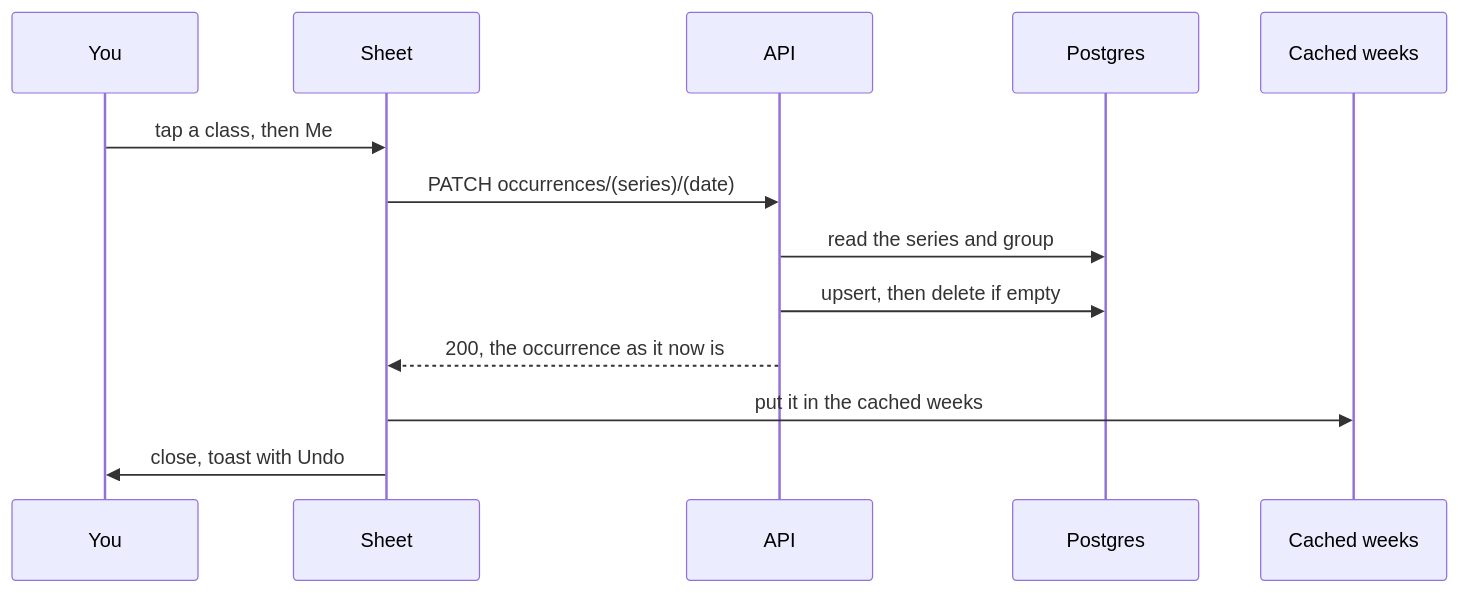
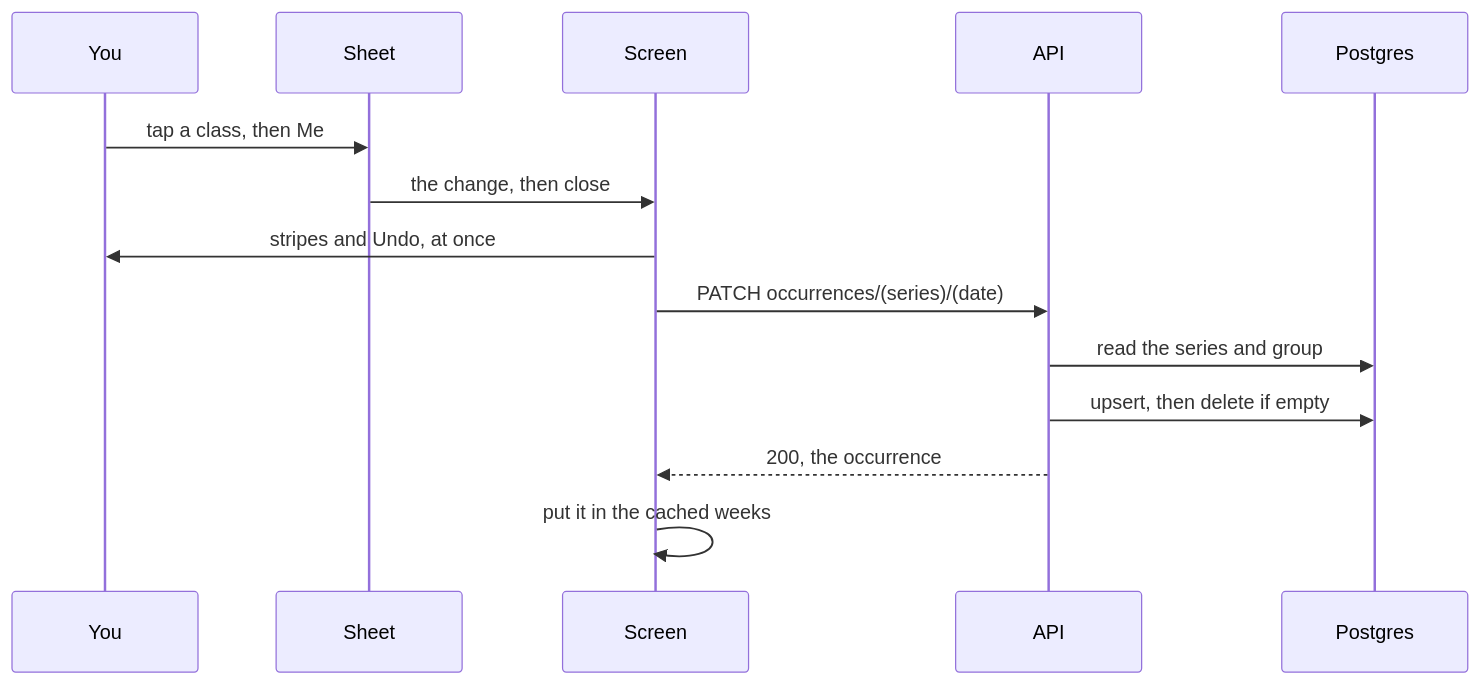
The diagram in vault/app/Cancelling one occurrence.md (SigniorAtif/Tasks), drawn with Mermaid before and after one commit. The commit also changed other lines of this file and 1 other file, not shown here.

````diff
--- a/vault/app/Cancelling one occurrence.md
+++ b/vault/app/Cancelling one occurrence.md
@@ -29,15 +30,16 @@
 ```mermaid
 sequenceDiagram
     participant U as You
     participant S as Sheet
+    participant Q as Screen
     participant A as API
     participant D as Postgres
-    participant C as Cached weeks
     U->>S: tap a class, then Me
-    S->>A: PATCH occurrences/(series)/(date)
+    S->>Q: the change, then close
+    Q->>U: stripes and Undo, at once
+    Q->>A: PATCH occurrences/(series)/(date)
     A->>D: read the series and group
     A->>D: upsert, then delete if empty
-    A-->>S: 200, the occurrence as it now is
-    S->>C: put it in the cached weeks
-    S->>U: close, toast with Undo
+    A-->>Q: 200, the occurrence
+    Q->>Q: put it in the cached weeks
 ```
````
